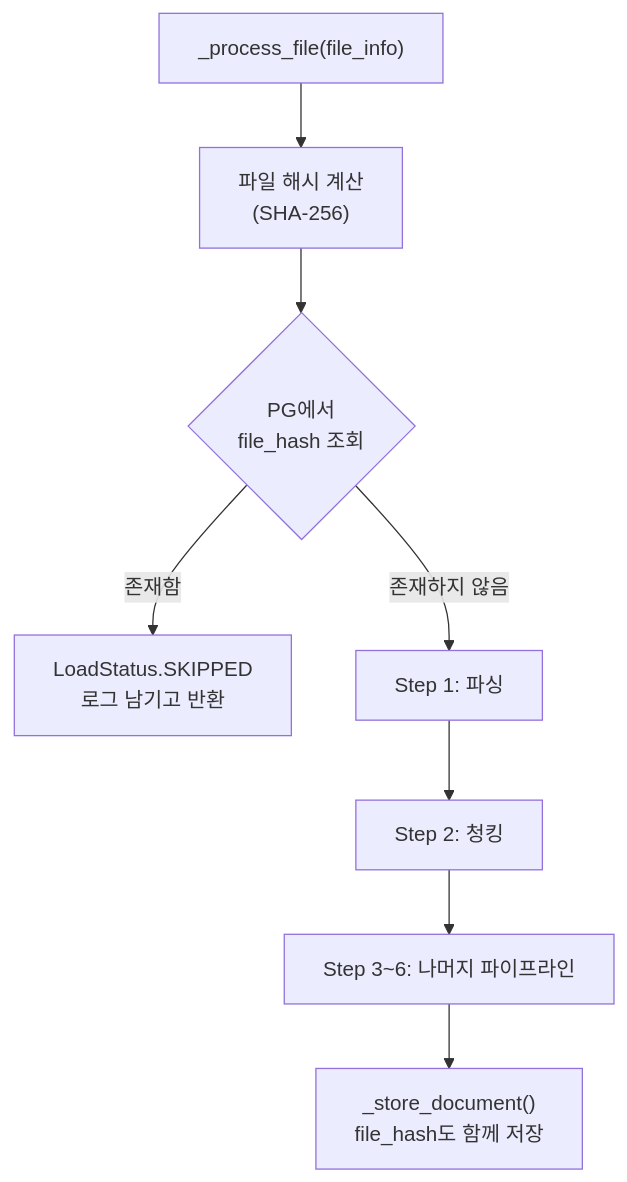
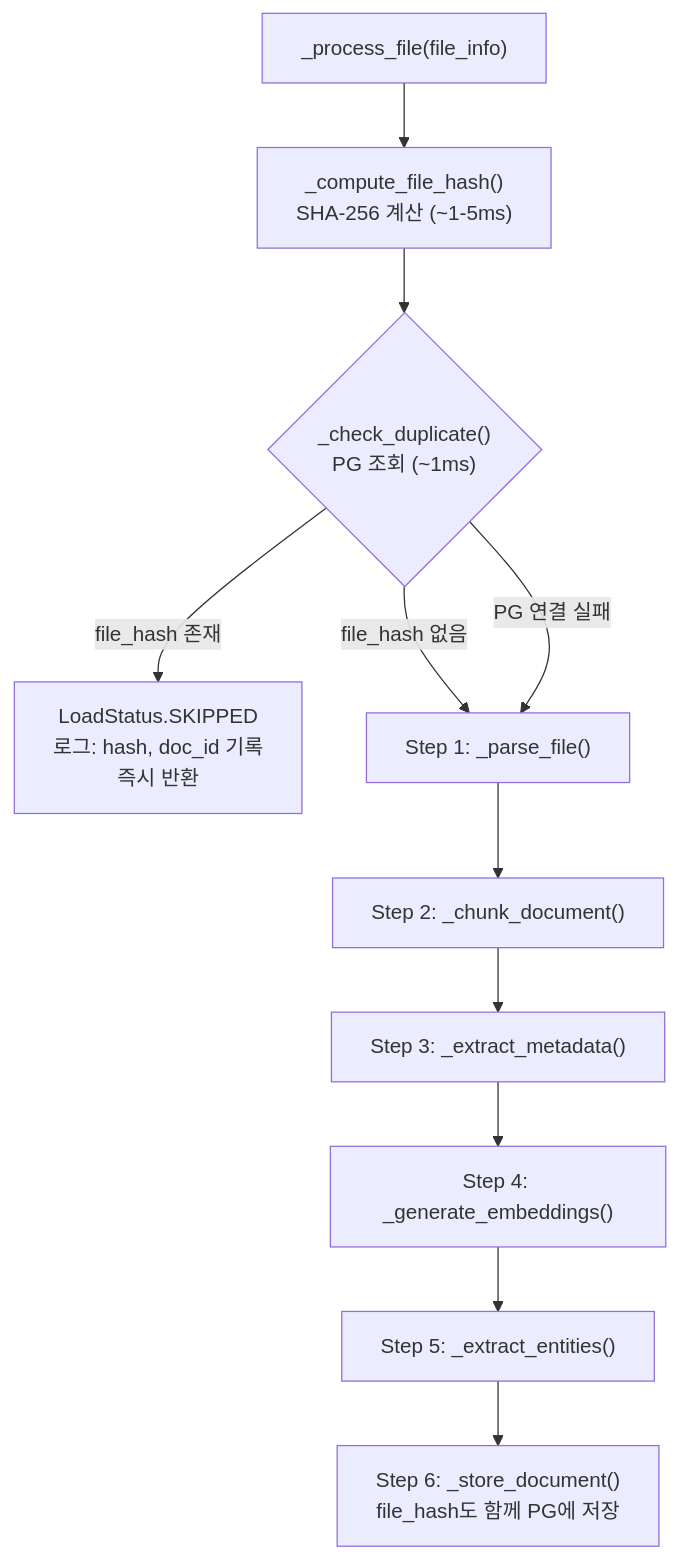
One commit to k82022603/hybrid-rag-knowledge-ops changed the second of 2 diagrams in knowledge_service/docs/05_development/11_initial_data_loader_dedup_review.md. Above: the diagram before and after it, drawn with Mermaid. The commit also changed other lines of this file and 6 other files, not shown here.

````diff
--- a/knowledge_service/docs/05_development/11_initial_data_loader_dedup_review.md
+++ b/knowledge_service/docs/05_development/11_initial_data_loader_dedup_review.md
@@ -190,10 +191,13 @@
 ```mermaid
 flowchart TB
-    START["_process_file(file_info)"] --> HASH["파일 해시 계산<br/>(SHA-256)"]
-    HASH --> CHECK{"PG에서<br/>file_hash 조회"}
-    CHECK -->|존재함| SKIP["LoadStatus.SKIPPED<br/>로그 남기고 반환"]
-    CHECK -->|존재하지 않음| PARSE["Step 1: 파싱"]
-    PARSE --> CHUNK["Step 2: 청킹"]
-    CHUNK --> REST["Step 3~6: 나머지 파이프라인"]
-    REST --> STORE["_store_document()<br/>file_hash도 함께 저장"]
+    START["_process_file(file_info)"] --> HASH["_compute_file_hash()<br/>SHA-256 계산 (~1-5ms)"]
+    HASH --> CHECK{"_check_duplicate()<br/>PG 조회 (~1ms)"}
+    CHECK -->|file_hash 존재| SKIP["LoadStatus.SKIPPED<br/>로그: hash, doc_id 기록<br/>즉시 반환"]
+    CHECK -->|file_hash 없음| PARSE["Step 1: _parse_file()"]
+    CHECK -->|PG 연결 실패| PARSE
+    PARSE --> CHUNK["Step 2: _chunk_document()"]
+    CHUNK --> META["Step 3: _extract_metadata()"]
+    META --> EMBED["Step 4: _generate_embeddings()"]
+    EMBED --> ENTITY["Step 5: _extract_entities()"]
+    ENTITY --> STORE["Step 6: _store_document()<br/>file_hash도 함께 PG에 저장"]
 ```
````
